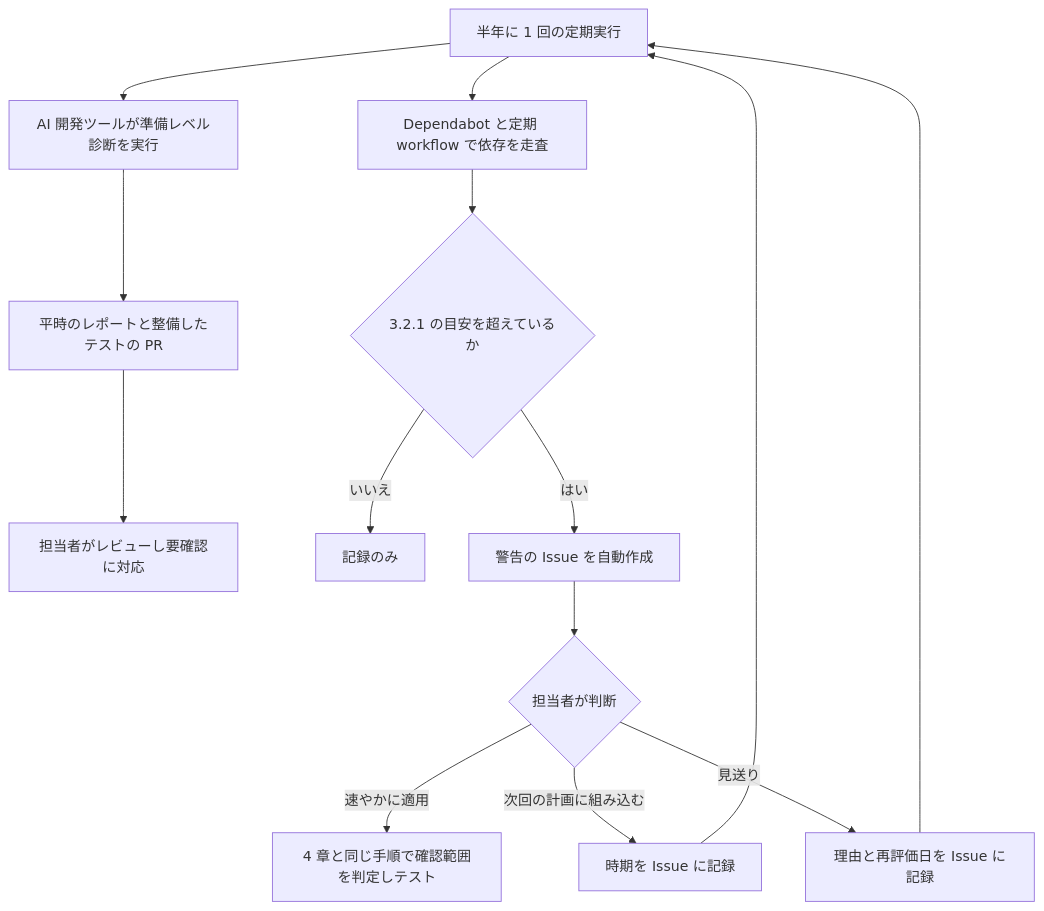
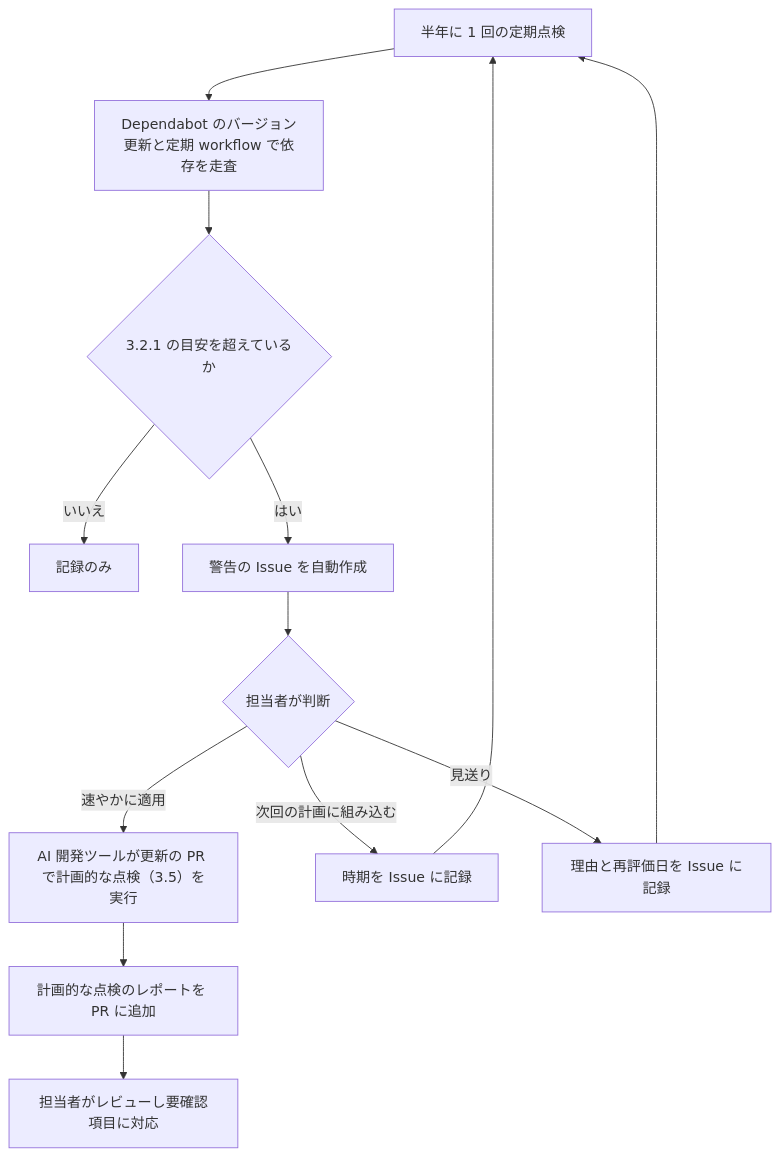
One commit to doikota/agent-skills changed the second of 2 diagrams in docs/patch-regression-test-guideline.md. Above: the diagram before and after it, drawn with Mermaid. The commit also changed other lines of this file and 6 other files, not shown here.

````diff
--- a/docs/patch-regression-test-guideline.md
+++ b/docs/patch-regression-test-guideline.md
@@ -181,16 +181,15 @@
 ```mermaid
 flowchart TD
-  A[半年に 1 回の定期実行] --> B[Dependabot と定期 workflow で依存を走査]
-  A --> R[AI 開発ツールが準備レベル診断を実行]
-  R --> P[平時のレポートと整備したテストの PR]
-  P --> V[担当者がレビューし要確認に対応]
+  A[半年に 1 回の定期点検] --> B[Dependabot のバージョン更新と定期 workflow で依存を走査]
   B --> C{3.2.1 の目安を超えているか}
   C -- いいえ --> D[記録のみ]
   C -- はい --> E[警告の Issue を自動作成]
   E --> F{担当者が判断}
-  F -- 速やかに適用 --> G[4 章と同じ手順で確認範囲を判定しテスト]
+  F -- 速やかに適用 --> G[AI 開発ツールが更新の PR で計画的な点検（3.5）を実行]
+  G --> P[計画的な点検のレポートを PR に追加]
+  P --> V[担当者がレビューし要確認項目に対応]
   F -- 次回の計画に組み込む --> H[時期を Issue に記録]
   F -- 見送り --> I[理由と再評価日を Issue に記録]
   H --> A
   I --> A
 ```
````
